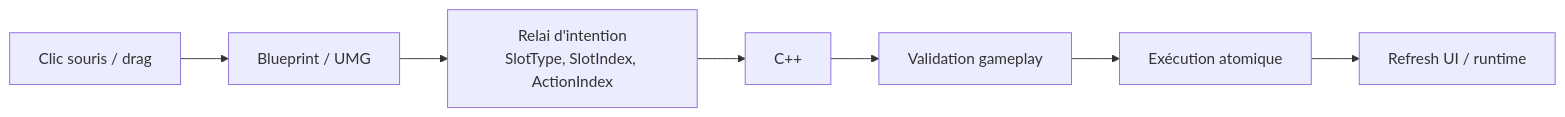
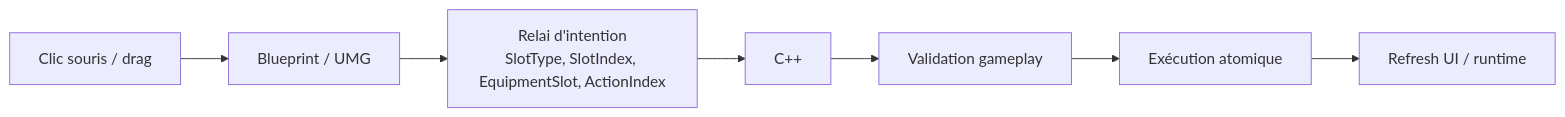
Before and after one commit to PhilippeMartin1964/GrimrockPrototype: the diagram in docs/Design/INVENTORY_INTERACTION_ROUTING.md, drawn with Mermaid. The commit also changed other lines of this file, not shown here.

Commit message:
UI-INV2B Update canonical equipment slots

````diff
--- a/docs/Design/INVENTORY_INTERACTION_ROUTING.md
+++ b/docs/Design/INVENTORY_INTERACTION_ROUTING.md
@@ -17,9 +15,9 @@
 ```mermaid
 flowchart LR
     Mouse["Clic souris / drag"] --> UMG["Blueprint / UMG"]
-    UMG --> Intent["Relai d'intention<br/>SlotType, SlotIndex, ActionIndex"]
+    UMG --> Intent["Relai d'intention<br/>SlotType, SlotIndex, EquipmentSlot, ActionIndex"]
     Intent --> CPP["C++"]
     CPP --> Validation["Validation gameplay"]
     Validation --> Execution["Exécution atomique"]
     Execution --> Refresh["Refresh UI / runtime"]
 ```
````
